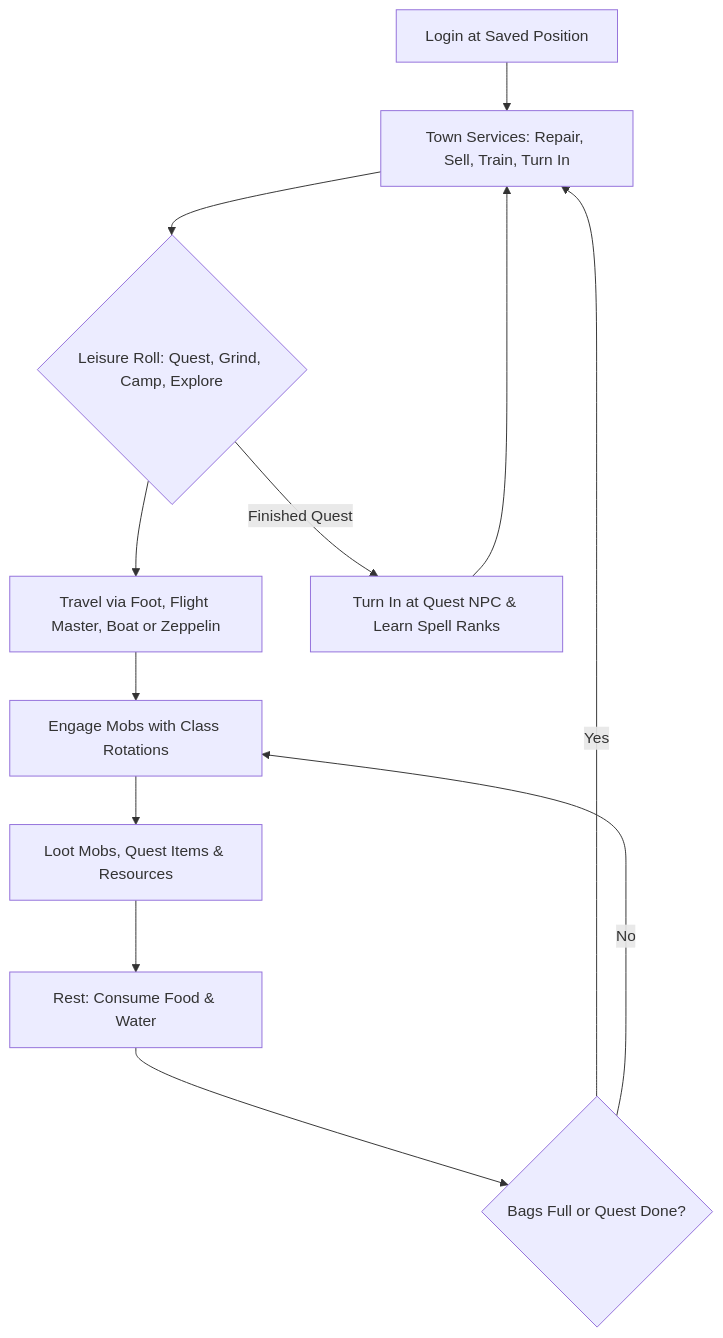
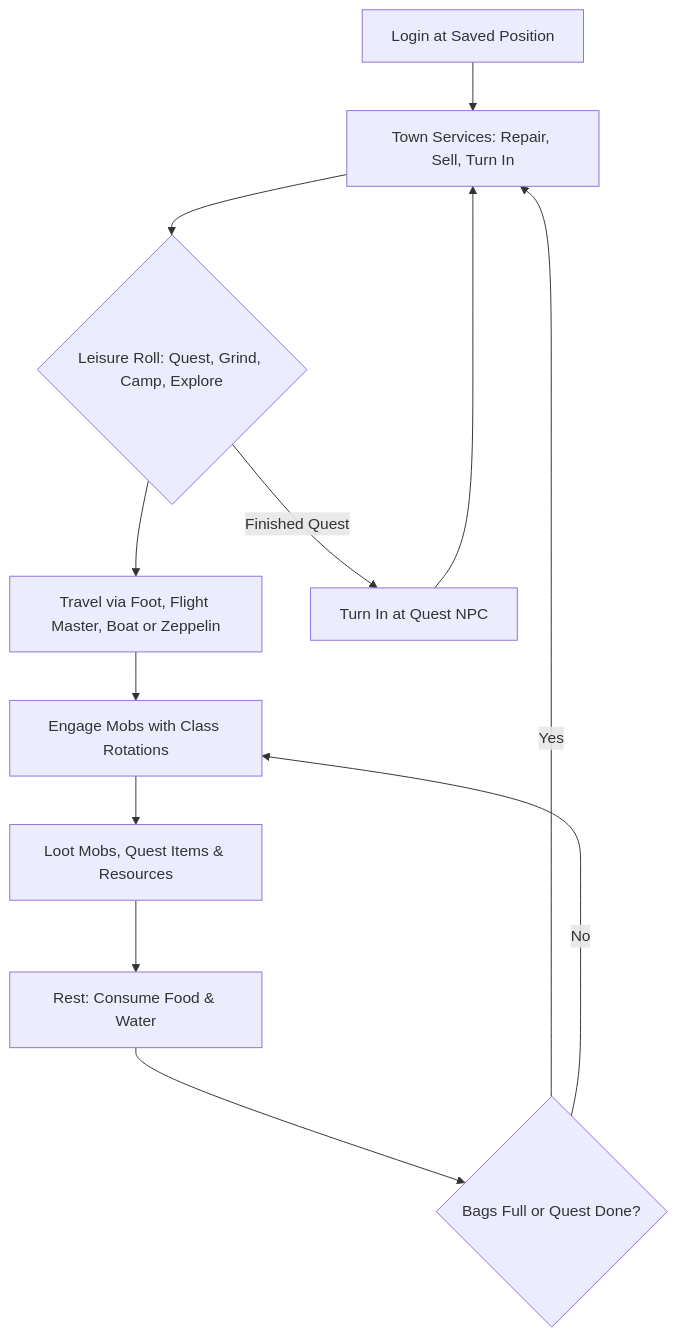
The diagram in docs/world/living-world.md (Sagiroth/TortoiseBots), drawn with Mermaid before and after one commit. The commit also changed other lines of this file and 3 other files, not shown here.

````diff
--- a/docs/world/living-world.md
+++ b/docs/world/living-world.md
@@ -30,14 +30,14 @@
 ```mermaid
 flowchart TD
-    Login["Login at Saved Position"] --> Upkeep["Town Services: Repair, Sell, Train, Turn In"]
+    Login["Login at Saved Position"] --> Upkeep["Town Services: Repair, Sell, Turn In"]
     Upkeep --> Leisure{"Leisure Roll: Quest, Grind, Camp, Explore"}
     Leisure --> Travel["Travel via Foot, Flight Master, Boat or Zeppelin"]
     Travel --> Combat["Engage Mobs with Class Rotations"]
     Combat --> Loot["Loot Mobs, Quest Items & Resources"]
     Loot --> Rest["Rest: Consume Food & Water"]
     Rest --> CheckBags{"Bags Full or Quest Done?"}
     CheckBags -->|Yes| Upkeep
     CheckBags -->|No| Combat
-    Leisure -->|Finished Quest| TurnIn["Turn In at Quest NPC & Learn Spell Ranks"]
+    Leisure -->|Finished Quest| TurnIn["Turn In at Quest NPC"]
     TurnIn --> Upkeep
 ```
````
